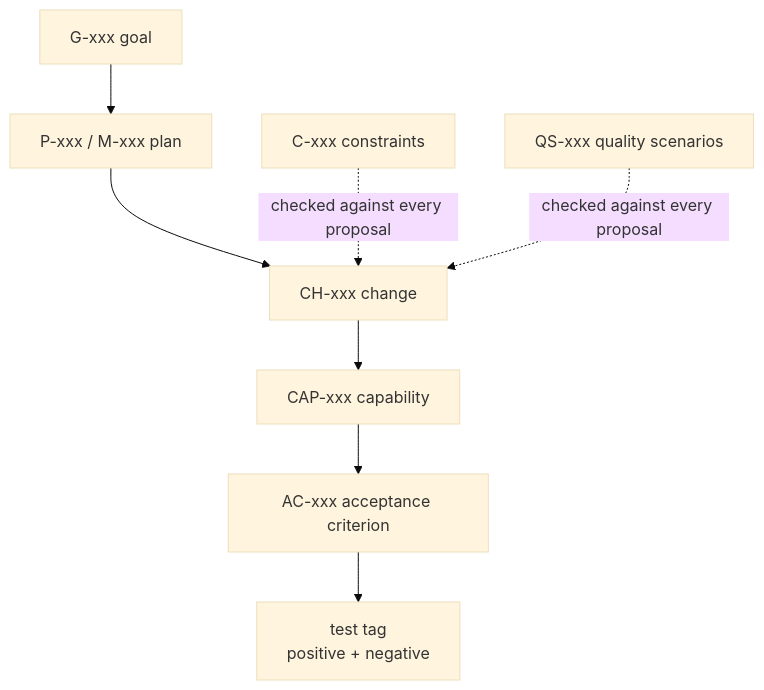
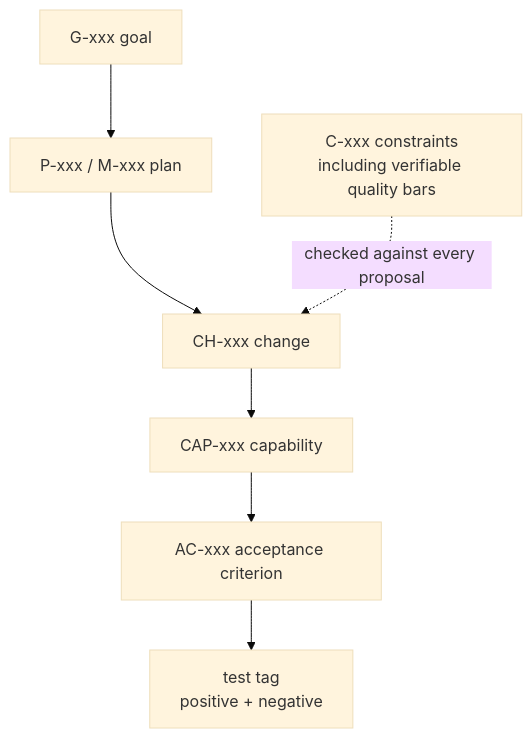
The second of 2 diagrams in docs/architecture/architecture.md (cliewen/cliewen), drawn with Mermaid (base theme) before and after one commit. The commit also changed 42 other files, not shown here.

First line of the commit message:
feat: fold quality scenarios into the constraints register

````diff
--- a/docs/architecture/architecture.md
+++ b/docs/architecture/architecture.md
@@ -53,10 +53,9 @@
 ```mermaid
 flowchart TD
     G[G-xxx goal] --> P[P-xxx / M-xxx plan]
     P --> CH[CH-xxx change]
     CH --> CAP[CAP-xxx capability]
     CAP --> AC[AC-xxx acceptance criterion]
     AC --> T[test tag<br/>positive + negative]
-    C[C-xxx constraints] -. checked against every proposal .-> CH
-    QS[QS-xxx quality scenarios] -. checked against every proposal .-> CH
+    C[C-xxx constraints<br/>including verifiable quality bars] -. checked against every proposal .-> CH
 ```
````
